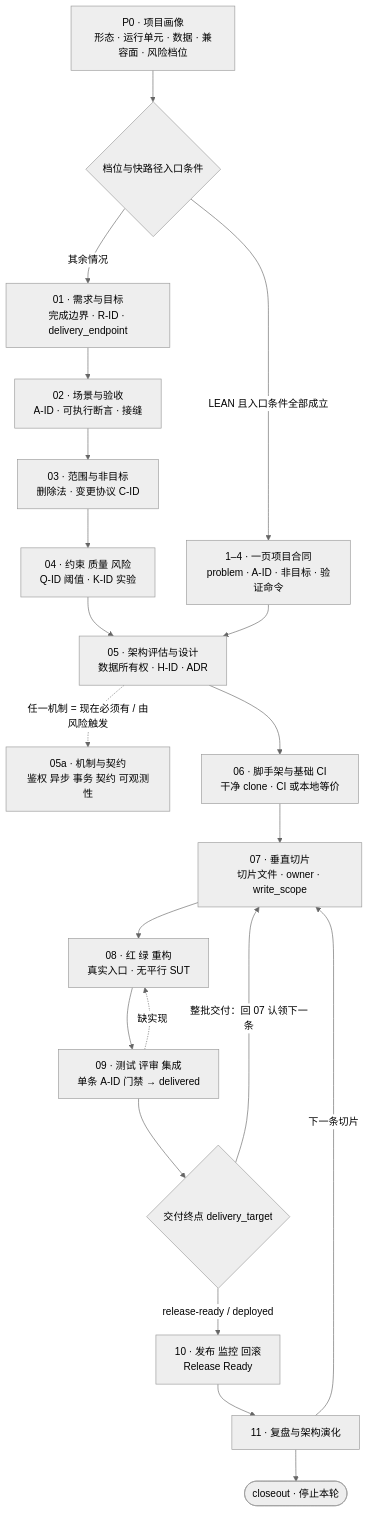
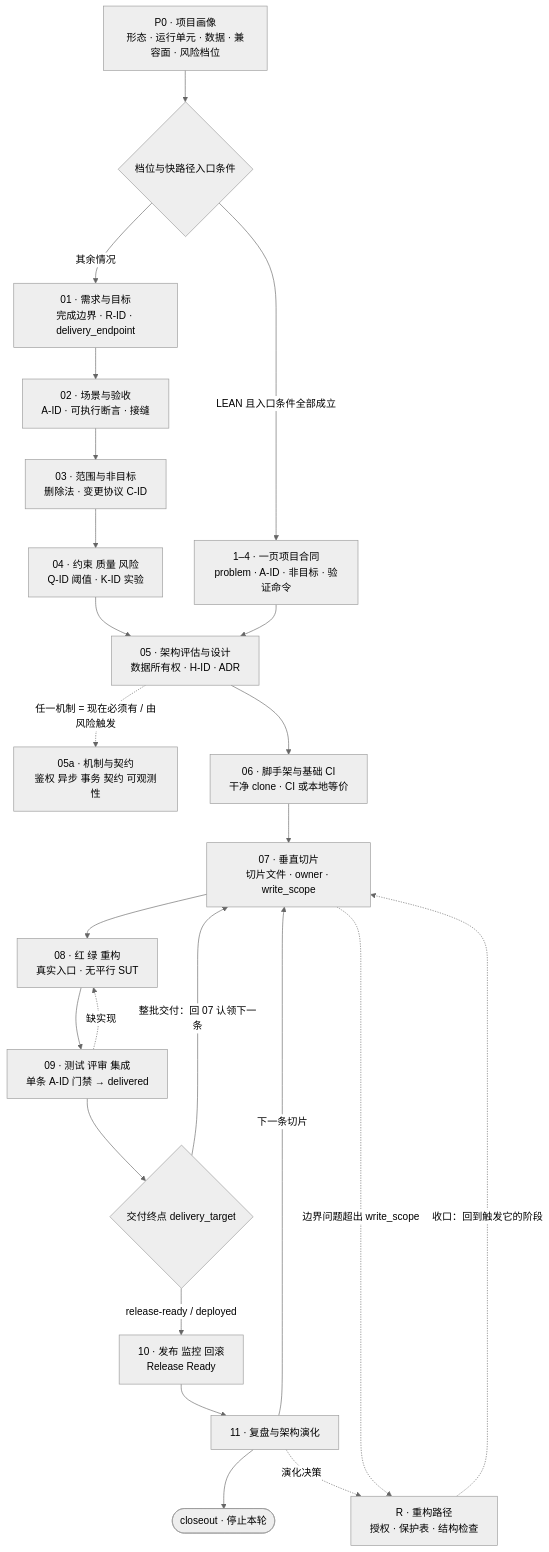
One commit to Brianky111/general-workflow changed the first of 2 diagrams in README.md. Above: the diagram before and after it, drawn with Mermaid (neutral theme). The commit also changed other lines of this file and 17 other files, not shown here.

````diff
--- a/README.md
+++ b/README.md
@@ -11,34 +11,38 @@
 ```mermaid
 flowchart TD
     P0["P0 · 项目画像<br/>形态 · 运行单元 · 数据 · 兼容面 · 风险档位"]
     TIER{"档位与快路径入口条件"}
     LEAN["1–4 · 一页项目合同<br/>problem · A-ID · 非目标 · 验证命令"]
     S1["01 · 需求与目标<br/>完成边界 · R-ID · delivery_endpoint"]
     S2["02 · 场景与验收<br/>A-ID · 可执行断言 · 接缝"]
     S3["03 · 范围与非目标<br/>删除法 · 变更协议 C-ID"]
     S4["04 · 约束 质量 风险<br/>Q-ID 阈值 · K-ID 实验"]
     S5["05 · 架构评估与设计<br/>数据所有权 · H-ID · ADR"]
     S5A["05a · 机制与契约<br/>鉴权 异步 事务 契约 可观测性"]
     S6["06 · 脚手架与基础 CI<br/>干净 clone · CI 或本地等价"]
     S7["07 · 垂直切片<br/>切片文件 · owner · write_scope"]
     S8["08 · 红 绿 重构<br/>真实入口 · 无平行 SUT"]
     S9["09 · 测试 评审 集成<br/>单条 A-ID 门禁 → delivered"]
     ENDP{"交付终点 delivery_target"}
     S10["10 · 发布 监控 回滚<br/>Release Ready"]
     S11["11 · 复盘与架构演化"]
+    R["R · 重构路径<br/>授权 · 保护表 · 结构检查"]
     OUT(["closeout · 停止本轮"])
 
     P0 --> TIER
     TIER -->|"LEAN 且入口条件全部成立"| LEAN
     TIER -->|"其余情况"| S1
     S1 --> S2 --> S3 --> S4 --> S5
     LEAN --> S5
     S5 -.->|"任一机制 = 现在必须有 / 由风险触发"| S5A
     S5 --> S6 --> S7 --> S8 --> S9 --> ENDP
     ENDP -->|"整批交付：回 07 认领下一条"| S7
     ENDP -->|"release-ready / deployed"| S10
     S10 --> S11
     S11 -->|"下一条切片"| S7
     S11 --> OUT
     S9 -.->|"缺实现"| S8
+    S11 -.->|"演化决策"| R
+    S7 -.->|"边界问题超出 write_scope"| R
+    R -.->|"收口：回到触发它的阶段"| S7
 ```
````
